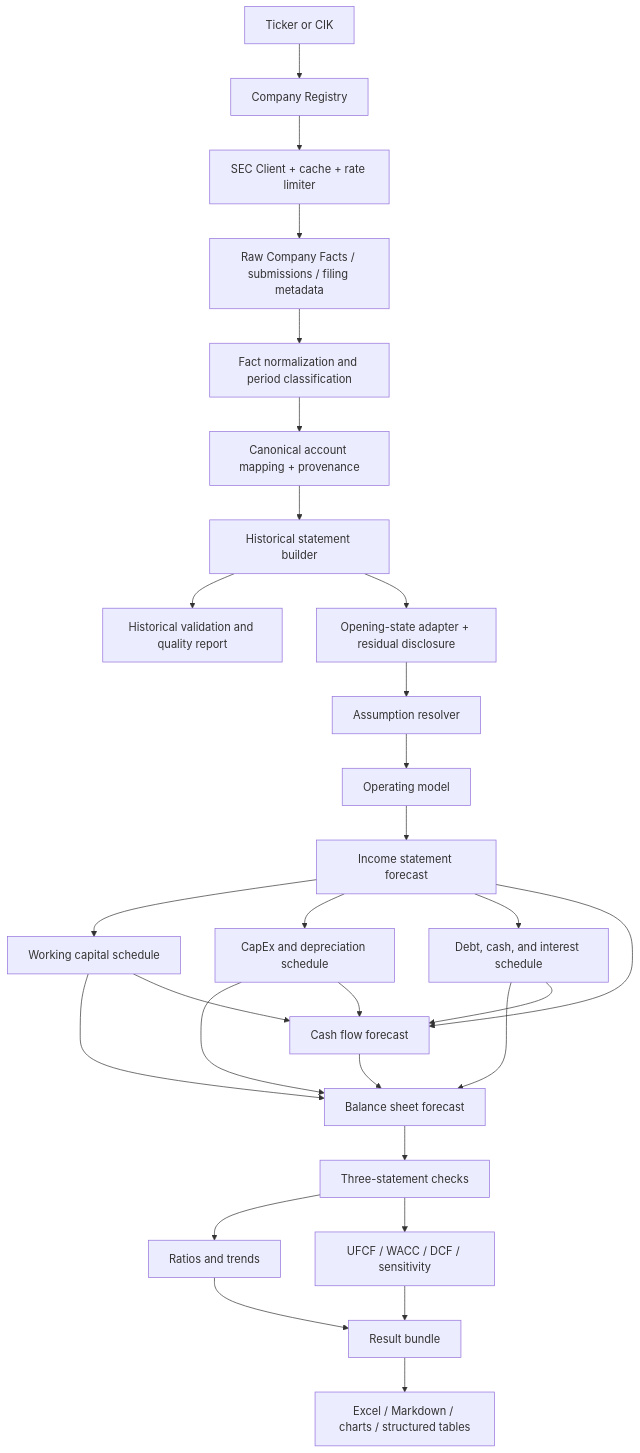
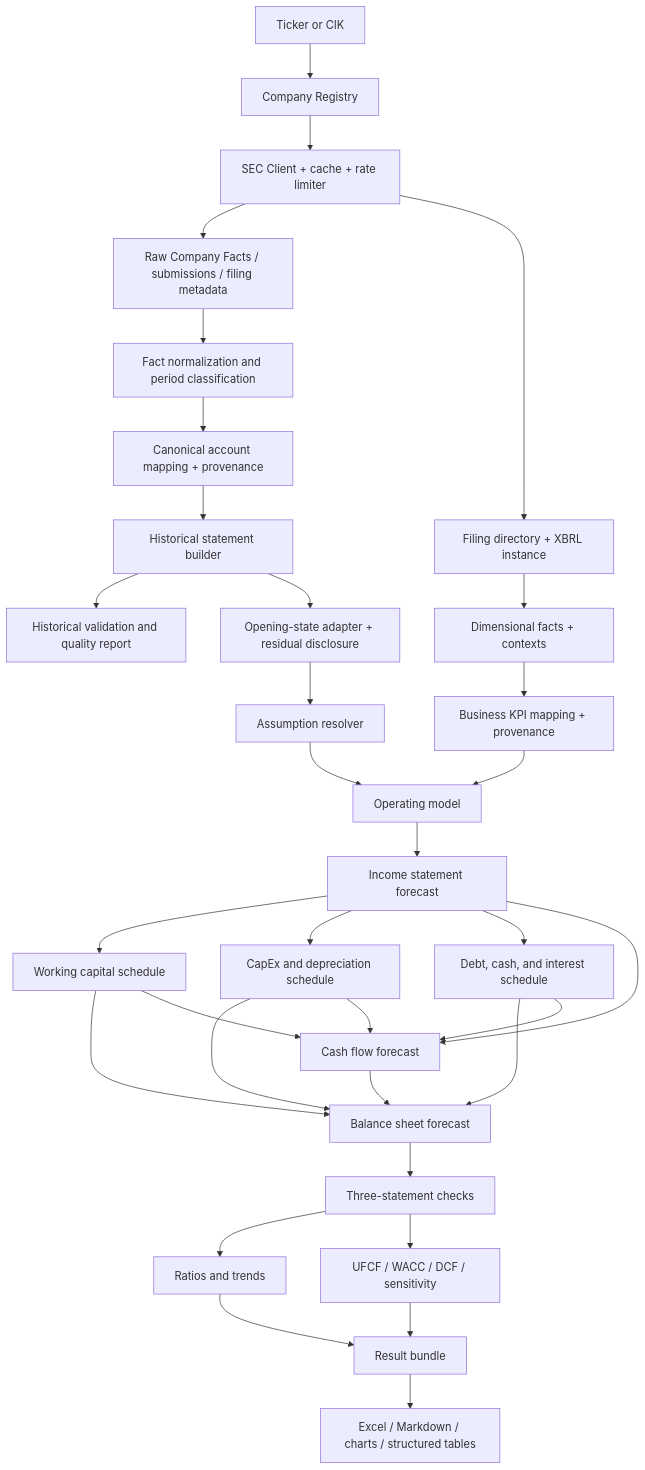
Before and after one commit to Ryanpanda49/financial-modelling-valuation: the diagram in docs/architecture.md, drawn with Mermaid. The commit also changed other lines of this file and 19 other files, not shown here.

Commit message:
Add dimensional XBRL and subscriber ARPU models

````diff
--- a/docs/architecture.md
+++ b/docs/architecture.md
@@ -30,31 +33,35 @@
 ```mermaid
 flowchart TD
     A["Ticker or CIK"] --> B["Company Registry"]
     B --> C["SEC Client + cache + rate limiter"]
     C --> D["Raw Company Facts / submissions / filing metadata"]
+    C --> DX["Filing directory + XBRL instance"]
+    DX --> DY["Dimensional facts + contexts"]
+    DY --> DZ["Business KPI mapping + provenance"]
     D --> E["Fact normalization and period classification"]
     E --> F["Canonical account mapping + provenance"]
     F --> G["Historical statement builder"]
     G --> H["Historical validation and quality report"]
     G --> V["Opening-state adapter + residual disclosure"]
     V --> I["Assumption resolver"]
+    DZ --> J
     I --> J["Operating model"]
     J --> K["Income statement forecast"]
     K --> L["Working capital schedule"]
     K --> M["CapEx and depreciation schedule"]
     K --> N["Debt, cash, and interest schedule"]
     L --> O["Balance sheet forecast"]
     M --> O
     N --> O
     K --> P["Cash flow forecast"]
     L --> P
     M --> P
     N --> P
     P --> O
     O --> Q["Three-statement checks"]
     Q --> R["Ratios and trends"]
     Q --> S["UFCF / WACC / DCF / sensitivity"]
     R --> T["Result bundle"]
     S --> T
     T --> U["Excel / Markdown / charts / structured tables"]
 ```
````
